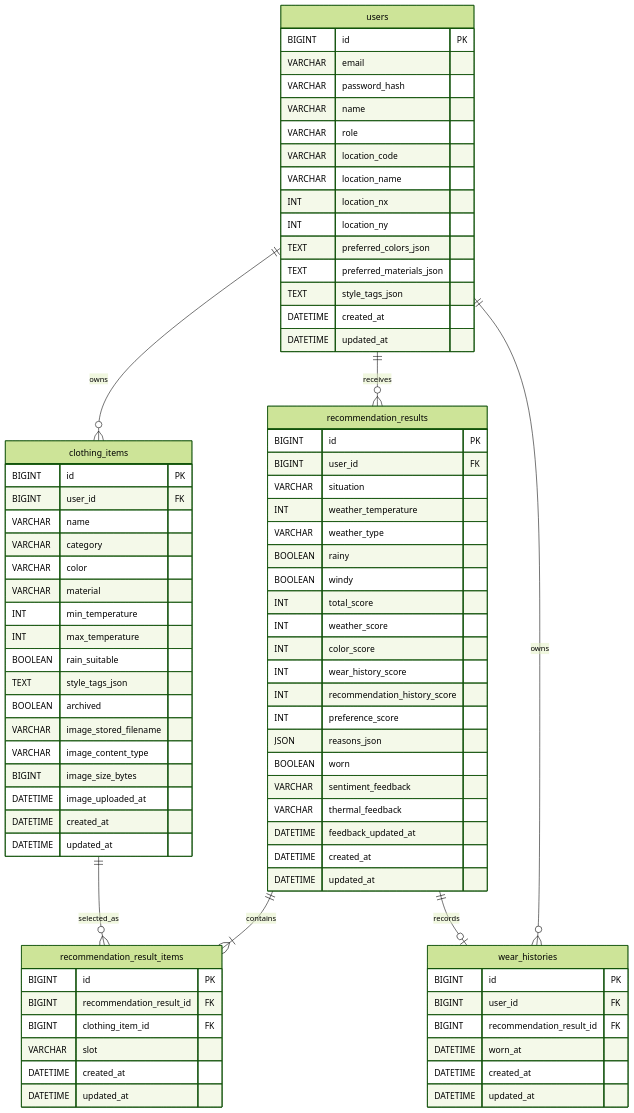
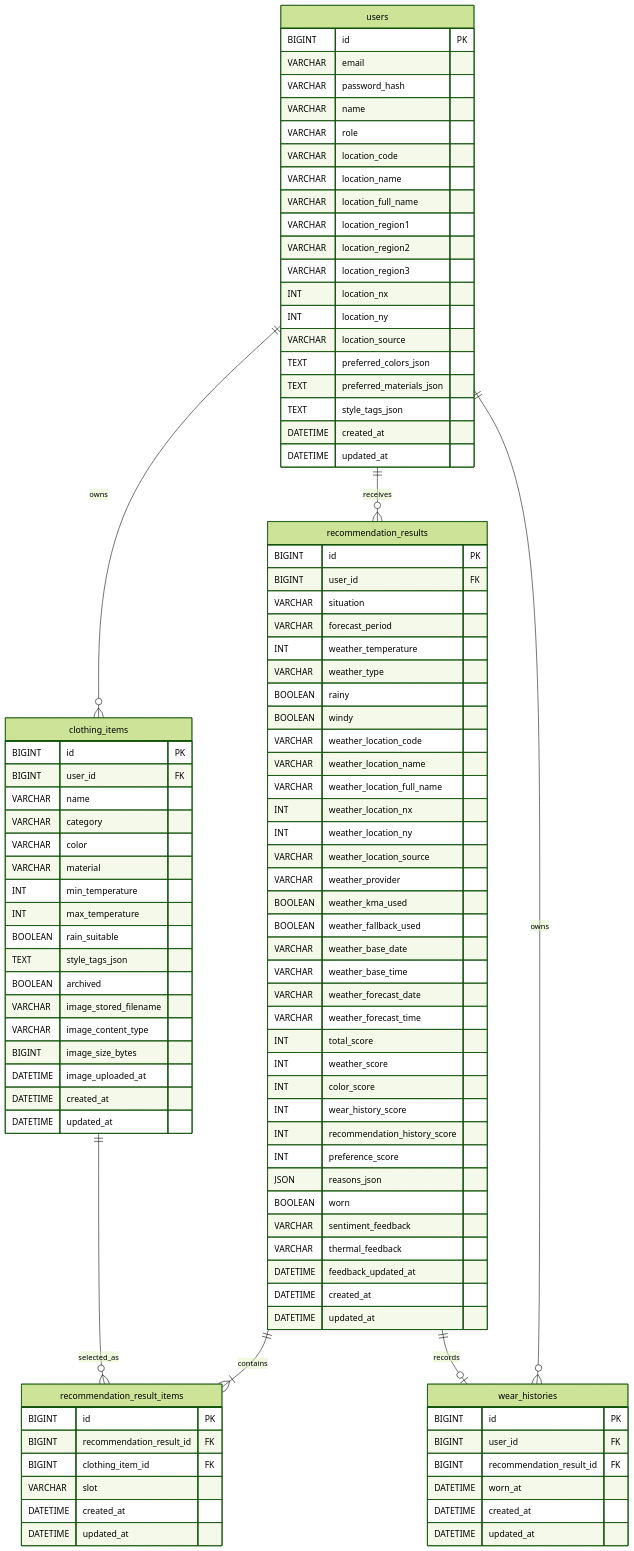
The diagram in docs/ERD.md (vanilalatte03/SmartCloset-v2), drawn with Mermaid (forest theme) before and after one commit. The commit also changed other lines of this file and 33 other files, not shown here.

```diff
--- a/docs/ERD.md
+++ b/docs/ERD.md
@@ -42,8 +42,13 @@
     VARCHAR role
     VARCHAR location_code
     VARCHAR location_name
+    VARCHAR location_full_name
+    VARCHAR location_region1
+    VARCHAR location_region2
+    VARCHAR location_region3
     INT location_nx
     INT location_ny
+    VARCHAR location_source
     TEXT preferred_colors_json
     TEXT preferred_materials_json
     TEXT style_tags_json
@@ -75,10 +80,24 @@
     BIGINT id PK
     BIGINT user_id FK
     VARCHAR situation
+    VARCHAR forecast_period
     INT weather_temperature
     VARCHAR weather_type
     BOOLEAN rainy
     BOOLEAN windy
+    VARCHAR weather_location_code
+    VARCHAR weather_location_name
+    VARCHAR weather_location_full_name
+    INT weather_location_nx
+    INT weather_location_ny
+    VARCHAR weather_location_source
+    VARCHAR weather_provider
+    BOOLEAN weather_kma_used
+    BOOLEAN weather_fallback_used
+    VARCHAR weather_base_date
+    VARCHAR weather_base_time
+    VARCHAR weather_forecast_date
+    VARCHAR weather_forecast_time
     INT total_score
     INT weather_score
     INT color_score
```
